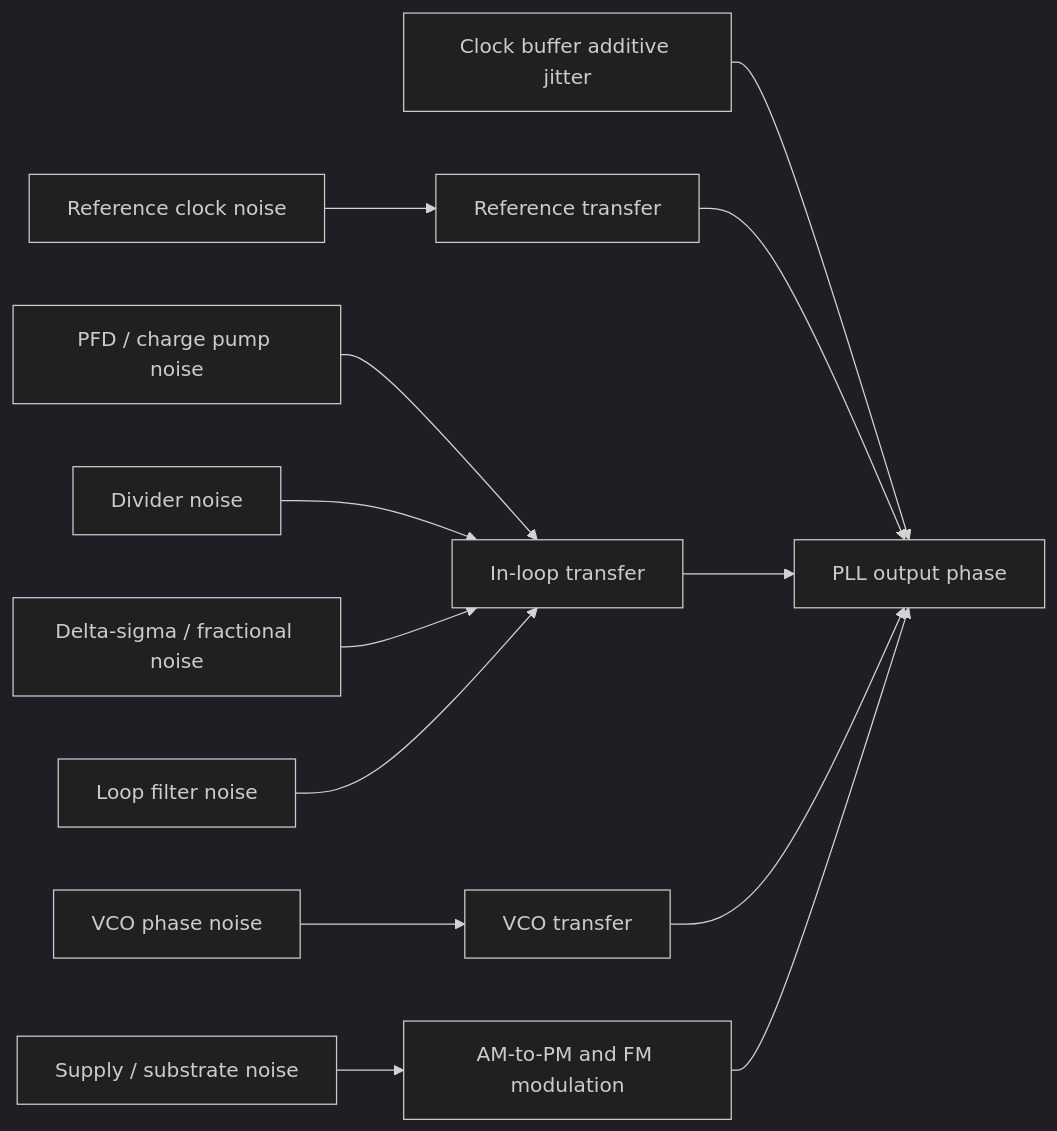
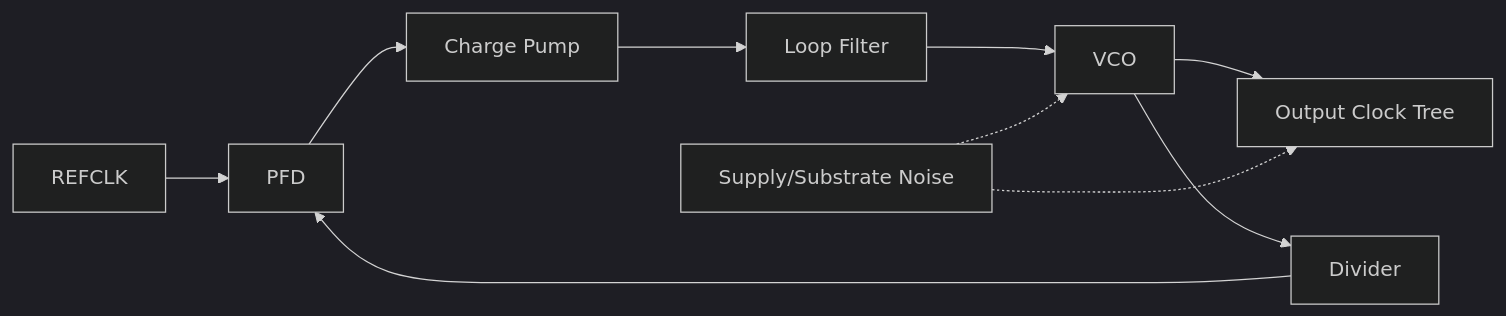
Before and after one commit to uopuwe/Second_Brain: the second of 8 diagrams in 01_AnalogIC_SerDes/PLL_CDR_Clocking/pll_phase_noise_jitter.md, drawn with Mermaid (dark theme). The commit also changed other lines of this file and 21 other files, not shown here.

Commit message:
combined phase_noise_jitter and pll_phase_noise_jitter

````diff
--- a/01_AnalogIC_SerDes/PLL_CDR_Clocking/pll_phase_noise_jitter.md
+++ b/01_AnalogIC_SerDes/PLL_CDR_Clocking/pll_phase_noise_jitter.md
@@ -298,15 +307,12 @@
 ```mermaid
 flowchart LR
-  REF[Reference clock noise] --> HREF[Reference transfer]
-  PFD[PFD / charge pump noise] --> HIN[In-loop transfer]
-  DIV[Divider noise] --> HIN
-  DSM[Delta-sigma / fractional noise] --> HIN
-  LF[Loop filter noise] --> HIN
-  VCO[VCO phase noise] --> HVCO[VCO transfer]
-  BUF[Clock buffer additive jitter] --> OUT[PLL output phase]
-  SUP[Supply / substrate noise] --> MOD[AM-to-PM and FM modulation]
-  HREF --> OUT
-  HIN --> OUT
-  HVCO --> OUT
-  MOD --> OUT
+  REF[REFCLK] --> PFD[PFD]
+  PFD --> CP[Charge Pump]
+  CP --> LF[Loop Filter]
+  LF --> VCO[VCO]
+  VCO --> OUT[Output Clock Tree]
+  VCO --> DIV[Divider]
+  DIV --> PFD
+  SUP[Supply/Substrate Noise] -.-> VCO
+  SUP -.-> OUT
 ```
````
